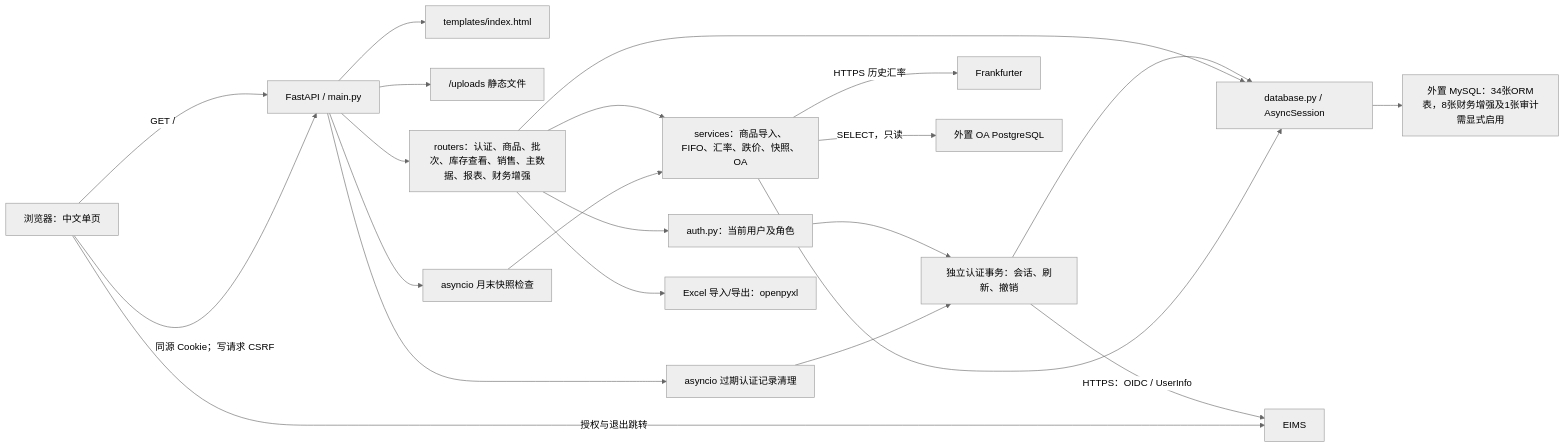
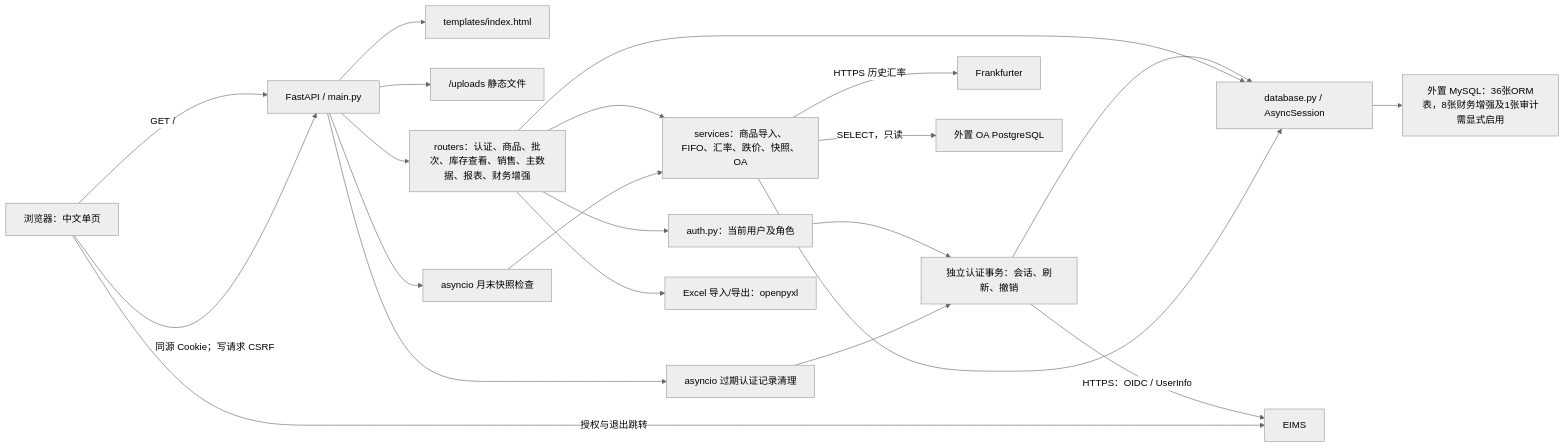
Before and after one commit to yueweiit/FastAPIProject: the diagram in docs/knowledge/architecture.md, drawn with Mermaid (neutral theme). The commit also changed 17 other files, not shown here.

````diff
--- a/docs/knowledge/architecture.md
+++ b/docs/knowledge/architecture.md
@@ -7,24 +7,24 @@
 ```mermaid
 flowchart LR
     U["浏览器：中文单页"] -->|"GET /"| A["FastAPI / main.py"]
     U -->|"同源 Cookie；写请求 CSRF"| A
     A --> T["templates/index.html"]
     A --> UP["/uploads 静态文件"]
     A --> R["routers：认证、商品、批次、库存查看、销售、主数据、报表、财务增强"]
     R --> AU["auth.py：当前用户及角色"]
     R --> S["services：商品导入、FIFO、汇率、跌价、快照、OA"]
     AU --> SS["独立认证事务：会话、刷新、撤销"]
     SS --> DB
     SS -->|"HTTPS：OIDC / UserInfo"| EI["EIMS"]
     U -->|"授权与退出跳转"| EI
     R --> DB["database.py / AsyncSession"]
     S --> DB
-    DB --> M["外置 MySQL：34张ORM表，8张财务增强及1张审计需显式启用"]
+    DB --> M["外置 MySQL：36张ORM表，8张财务增强及1张审计需显式启用"]
     S -->|"HTTPS 历史汇率"| FX["Frankfurter"]
     S -->|"SELECT，只读"| OA["外置 OA PostgreSQL"]
     A --> W["asyncio 月末快照检查"]
     A --> AW["asyncio 过期认证记录清理"]
     AW --> SS
     W --> S
     R --> XL["Excel 导入/导出：openpyxl"]
 ```
````
